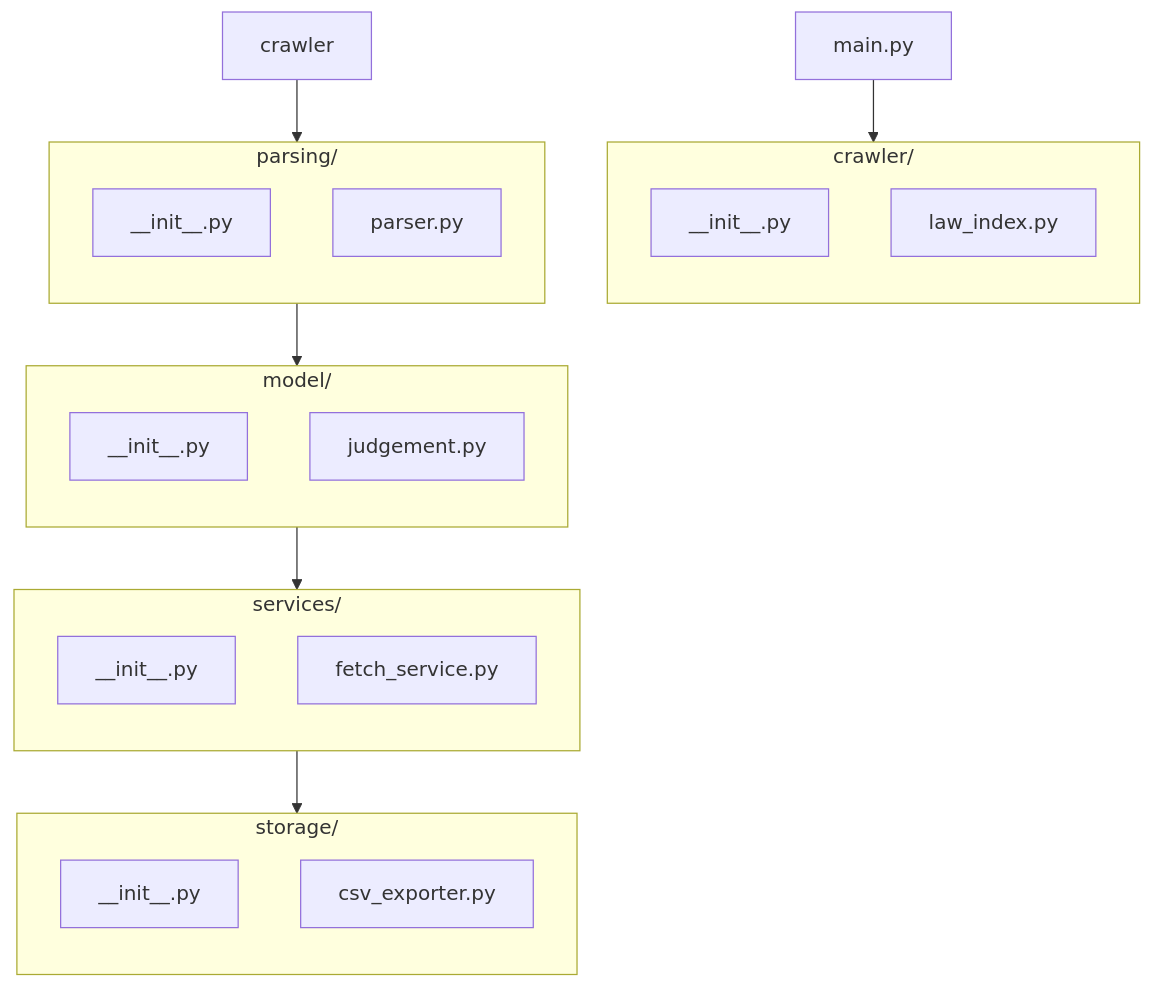
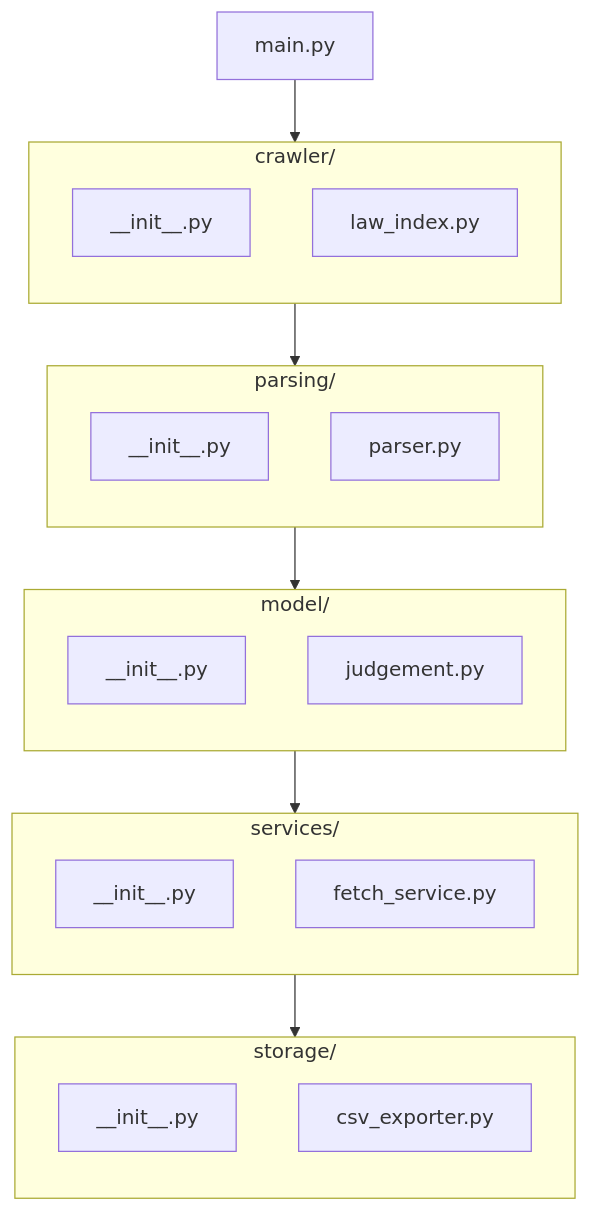
The diagram in README.md (royonzioki/engineering-challenge), drawn with Mermaid before and after one commit.

Commit message:
rationalizing

````diff
--- a/README.md
+++ b/README.md
@@ -68,47 +68,47 @@
 ```mermaid
 flowchart TD
     %% Main entry point
     main[main.py]
 
     %% Index Crawler
     subgraph crawler_folder[crawler/]
         direction TB
         crawler_init[__init__.py]
         law_index[law_index.py]
     end
 
     %% Parser
     subgraph parser_folder[parsing/]
         direction TB
         parsing_init[__init__.py]
         parser[parser.py]
     end
 
     %% Model
     subgraph models_folder[model/]
         direction TB
         model_init[__init__.py]
         judgement[judgement.py]
     end
 
     %% Services
     subgraph services_folder[services/]
         direction TB
         services_init[__init__.py]
         fetch_service[fetch_service.py]
     end
 
     %% Exporter
     subgraph exporters_folder[storage/]
         direction TB
         storage_init[__init__.py]
         csv_exporter[csv_exporter.py]
     end
 
     %% Data flow arrows
     main --> law_index
-    crawler --> parser
+    law_index --> parser
     parser --> judgement
     judgement --> fetch_service
     fetch_service --> csv_exporter
    ```
````
